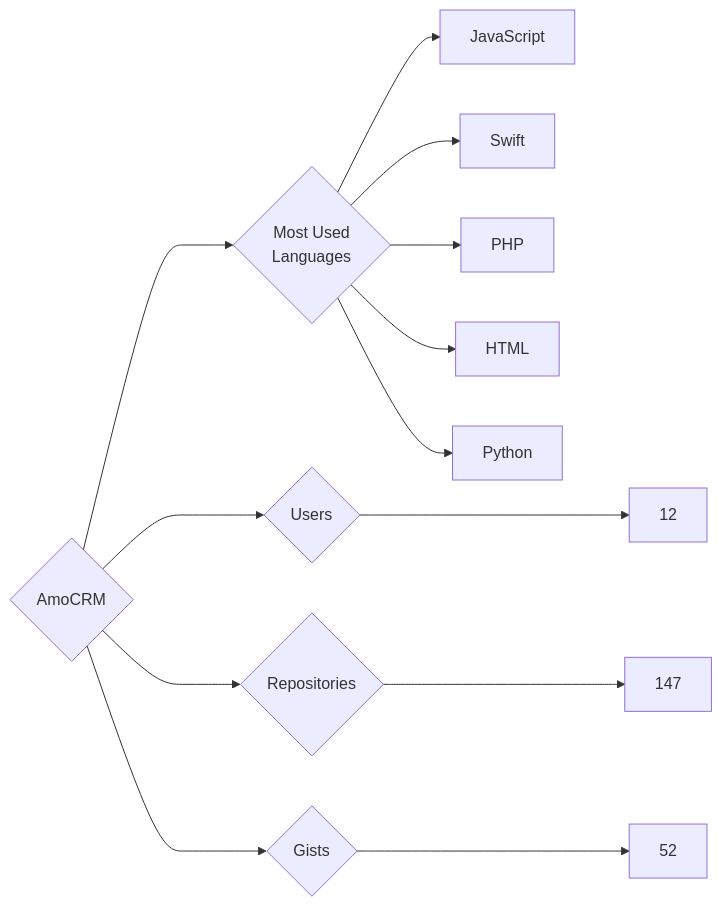
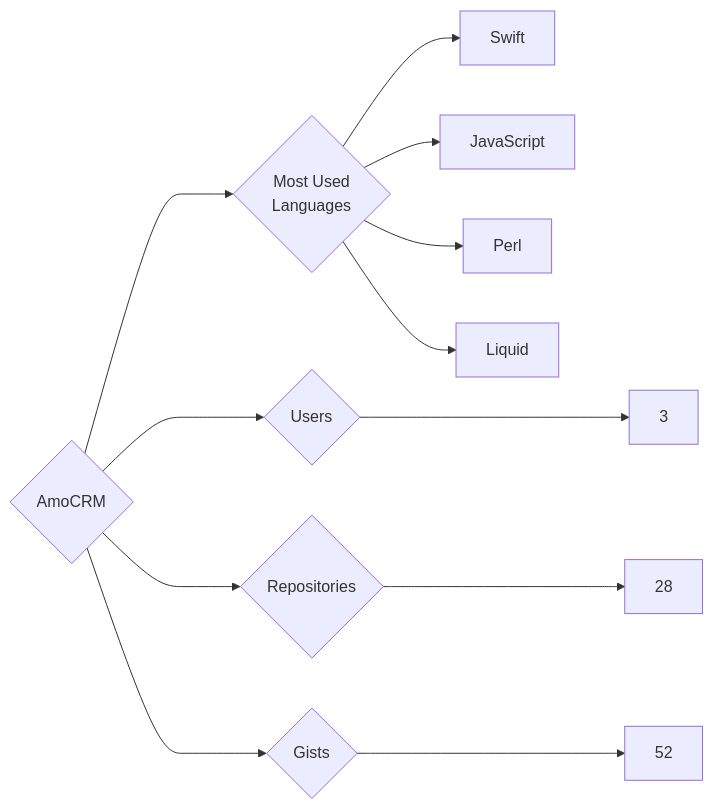
Before and after one commit to trickest/insiders: the diagram in targets/AmoCRM/README.md, drawn with Mermaid. The commit also changed 715 other files, not shown here.

````diff
--- a/targets/AmoCRM/README.md
+++ b/targets/AmoCRM/README.md
@@ -3,13 +3,12 @@
 ```mermaid
 graph LR
 COMPANY_NAME{AmoCRM}
-COMPANY_NAME ---> U{Users} ---> UN[12]
-COMPANY_NAME ---> R{Repositories} ---> RN[147]
+COMPANY_NAME ---> U{Users} ---> UN[3]
+COMPANY_NAME ---> R{Repositories} ---> RN[28]
 COMPANY_NAME ---> G{Gists} ---> GN[52]
 COMPANY_NAME ---> ML{Most Used<br>Languages}
+ML --> Swift[Swift]
 ML --> JavaScript[JavaScript]
-ML --> Swift[Swift]
-ML --> PHP[PHP]
-ML --> HTML[HTML]
-ML --> Python[Python]
+ML --> Perl[Perl]
+ML --> Liquid[Liquid]
 ```
````
